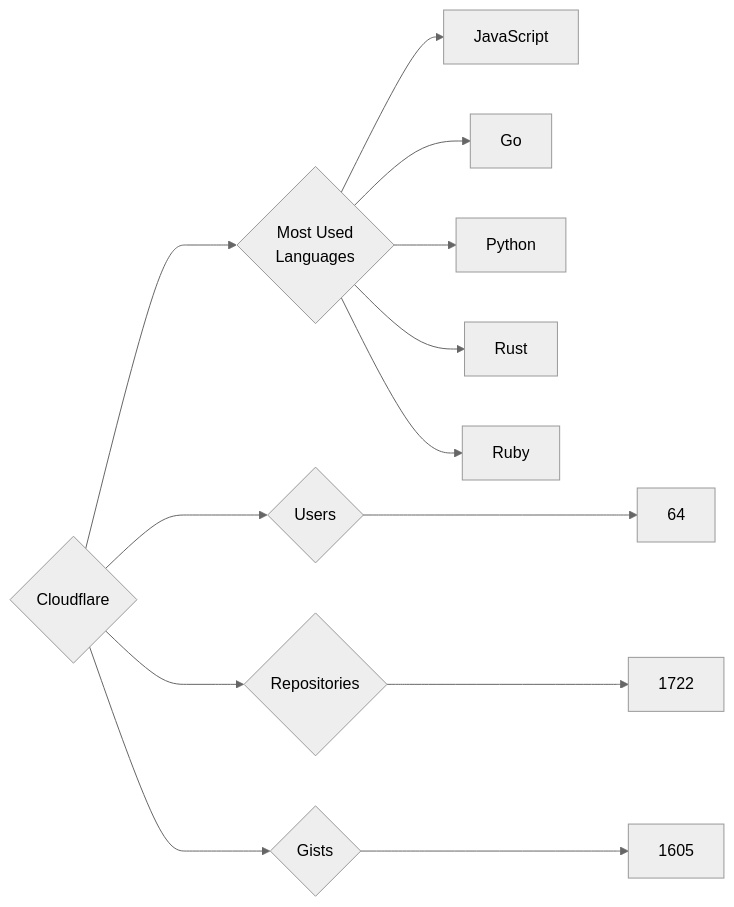
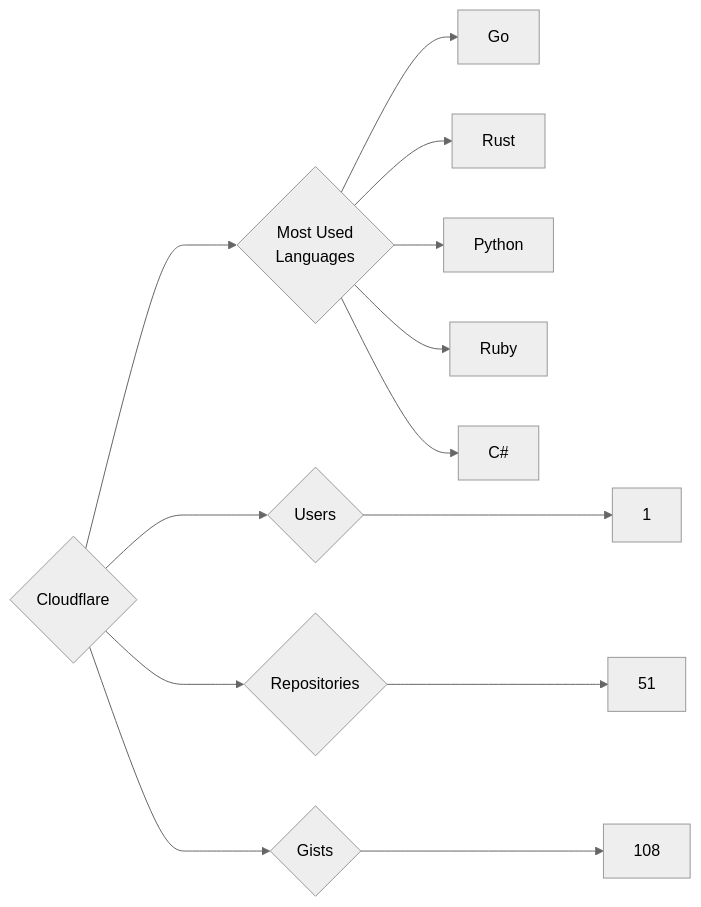
The diagram in targets/Cloudflare/README.md (trickest/insiders), drawn with Mermaid (neutral theme) before and after one commit. The commit also changed 932 other files, not shown here.

````diff
--- a/targets/Cloudflare/README.md
+++ b/targets/Cloudflare/README.md
@@ -3,13 +3,13 @@
 ```mermaid
 graph LR
 COMPANY_NAME{Cloudflare}
-COMPANY_NAME ---> U{Users} ---> UN[64]
-COMPANY_NAME ---> R{Repositories} ---> RN[1722]
-COMPANY_NAME ---> G{Gists} ---> GN[1605]
+COMPANY_NAME ---> U{Users} ---> UN[1]
+COMPANY_NAME ---> R{Repositories} ---> RN[51]
+COMPANY_NAME ---> G{Gists} ---> GN[108]
 COMPANY_NAME ---> ML{Most Used<br>Languages}
-ML --> JavaScript[JavaScript]
 ML --> Go[Go]
+ML --> Rust[Rust]
 ML --> Python[Python]
-ML --> Rust[Rust]
 ML --> Ruby[Ruby]
+ML --> C#[C#]
 ```
````
